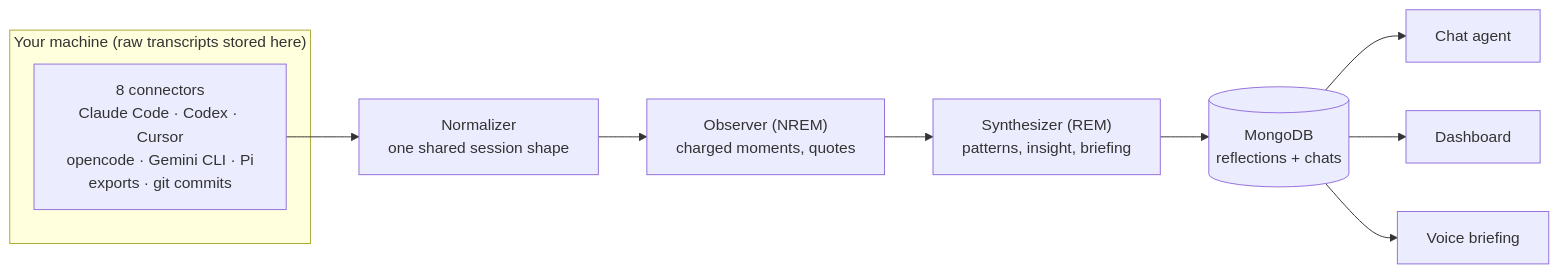
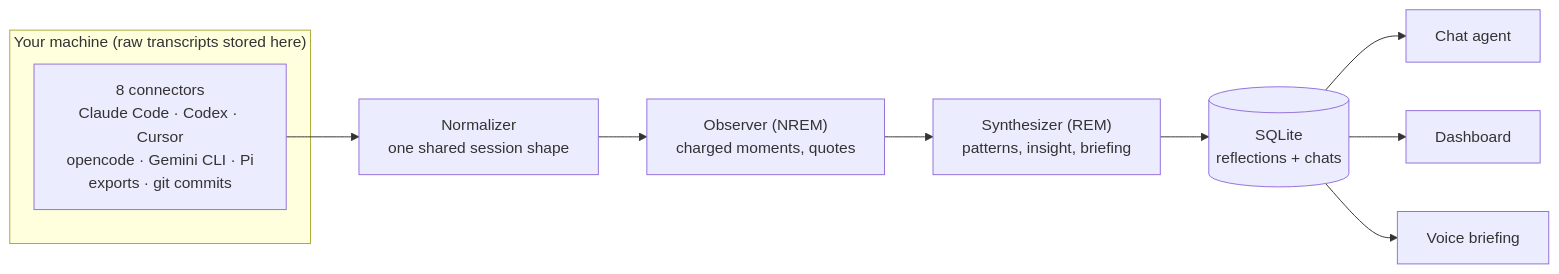
The diagram in README.md (Vela3202019/wisen), drawn with Mermaid before and after one commit. The commit also changed other lines of this file and 22 other files, not shown here.

First line of the commit message:
feat(store): replace MongoDB with a local SQLite store (#7)

````diff
--- a/README.md
+++ b/README.md
@@ -72,13 +80,13 @@
 ```mermaid
 flowchart LR
     subgraph sources["Your machine (raw transcripts stored here)"]
         A["8 connectors<br/>Claude Code · Codex · Cursor<br/>opencode · Gemini CLI · Pi<br/>exports · git commits"]
     end
     A --> N["Normalizer<br/>one shared session shape"]
     N --> O["Observer (NREM)<br/>charged moments, quotes"]
     O --> S["Synthesizer (REM)<br/>patterns, insight, briefing"]
-    S --> M[("MongoDB<br/>reflections + chats")]
+    S --> M[("SQLite<br/>reflections + chats")]
     M --> C["Chat agent"]
     M --> D["Dashboard"]
     M --> V["Voice briefing"]
 ```
````
